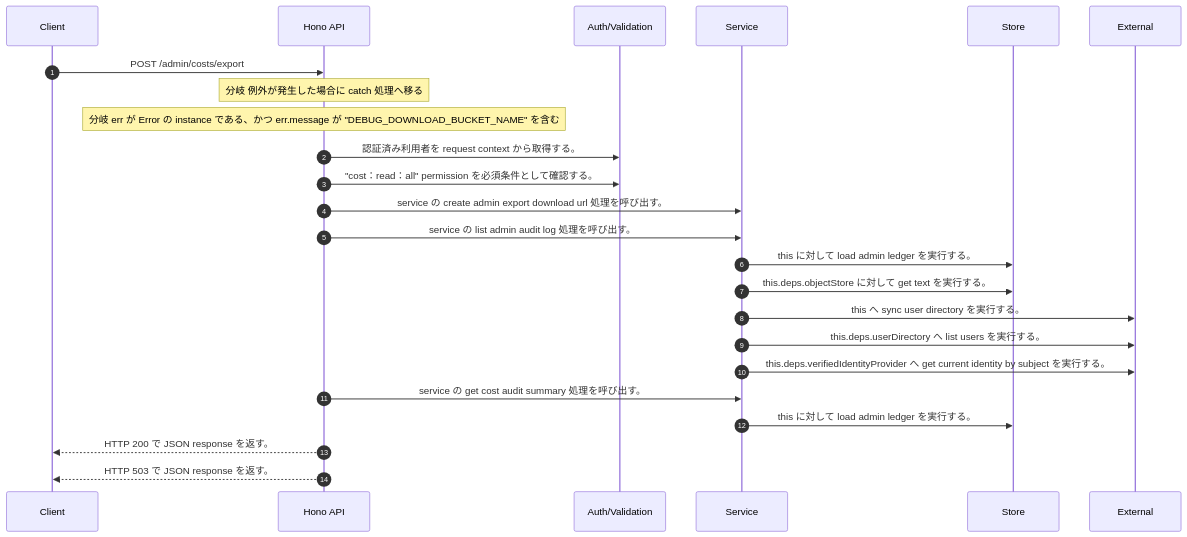
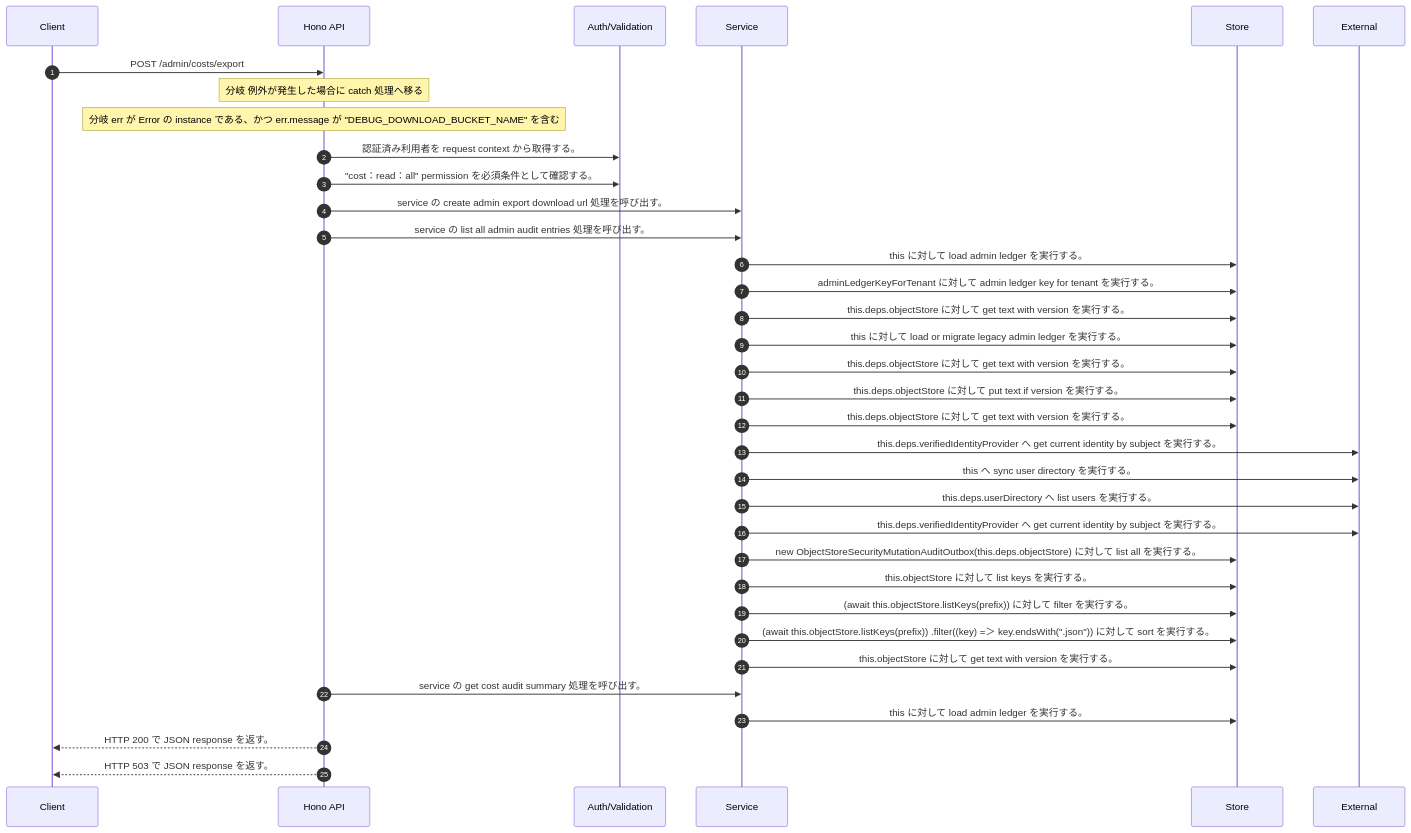
One commit to tsuji-tomonori/rag-assist changed the diagram in docs/generated/api-code/post-admin-costs-export/sequence_gen.md. Above: the diagram before and after it, drawn with Mermaid. The commit also changed other lines of this file and 407 other files, not shown here.

````diff
--- a/docs/generated/api-code/post-admin-costs-export/sequence_gen.md
+++ b/docs/generated/api-code/post-admin-costs-export/sequence_gen.md
@@ -7,26 +7,37 @@
 ```mermaid
 sequenceDiagram
   autonumber
   participant Client as Client
   participant API as Hono API
   participant Auth as Auth/Validation
   participant Service as Service
   participant Store as Store
   participant External as External
   Client->>API: POST /admin/costs/export
   Note over API: 分岐 例外が発生した場合に catch 処理へ移る
   Note over API: 分岐 err が Error の instance である、かつ err.message が "DEBUG_DOWNLOAD_BUCKET_NAME" を含む
   API->>Auth: 認証済み利用者を request context から取得する。
   API->>Auth: "cost：read：all" permission を必須条件として確認する。
   API->>Service: service の create admin export download url 処理を呼び出す。
-  API->>Service: service の list admin audit log 処理を呼び出す。
+  API->>Service: service の list all admin audit entries 処理を呼び出す。
   Service->>Store: this に対して load admin ledger を実行する。
-  Service->>Store: this.deps.objectStore に対して get text を実行する。
+  Service->>Store: adminLedgerKeyForTenant に対して admin ledger key for tenant を実行する。
+  Service->>Store: this.deps.objectStore に対して get text with version を実行する。
+  Service->>Store: this に対して load or migrate legacy admin ledger を実行する。
+  Service->>Store: this.deps.objectStore に対して get text with version を実行する。
+  Service->>Store: this.deps.objectStore に対して put text if version を実行する。
+  Service->>Store: this.deps.objectStore に対して get text with version を実行する。
+  Service->>External: this.deps.verifiedIdentityProvider へ get current identity by subject を実行する。
   Service->>External: this へ sync user directory を実行する。
   Service->>External: this.deps.userDirectory へ list users を実行する。
   Service->>External: this.deps.verifiedIdentityProvider へ get current identity by subject を実行する。
+  Service->>Store: new ObjectStoreSecurityMutationAuditOutbox(this.deps.objectStore) に対して list all を実行する。
+  Service->>Store: this.objectStore に対して list keys を実行する。
+  Service->>Store: (await this.objectStore.listKeys(prefix))        に対して filter を実行する。
+  Service->>Store: (await this.objectStore.listKeys(prefix))       .filter((key) =＞ key.endsWith(".json"))        に対して sort を実行する。
+  Service->>Store: this.objectStore に対して get text with version を実行する。
   API->>Service: service の get cost audit summary 処理を呼び出す。
   Service->>Store: this に対して load admin ledger を実行する。
   API-->>Client: HTTP 200 で JSON response を返す。
   API-->>Client: HTTP 503 で JSON response を返す。
 ```
````
